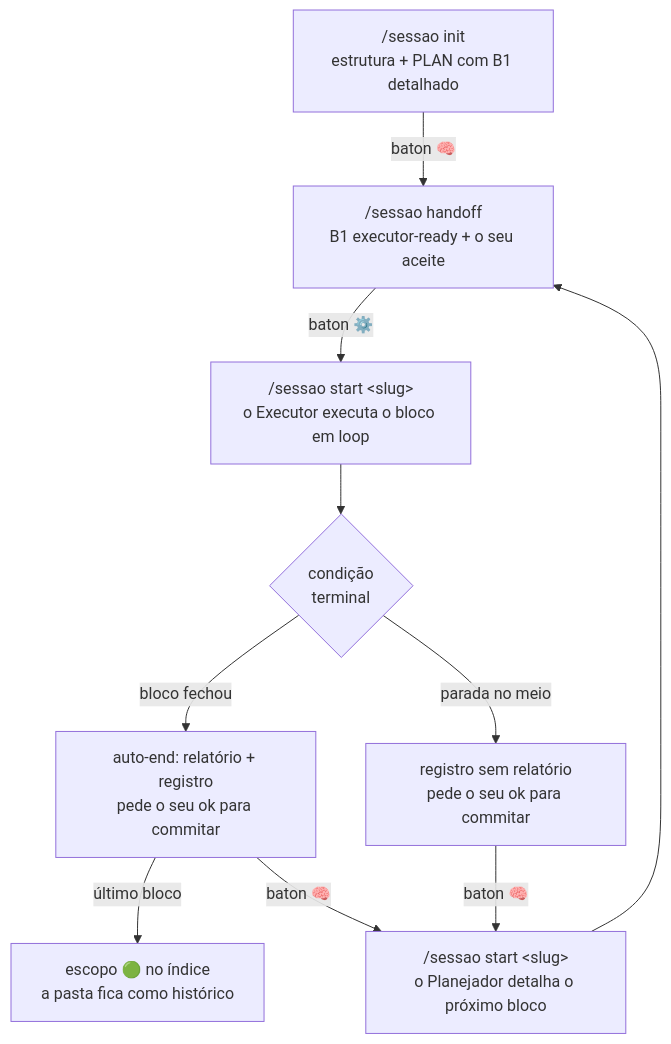
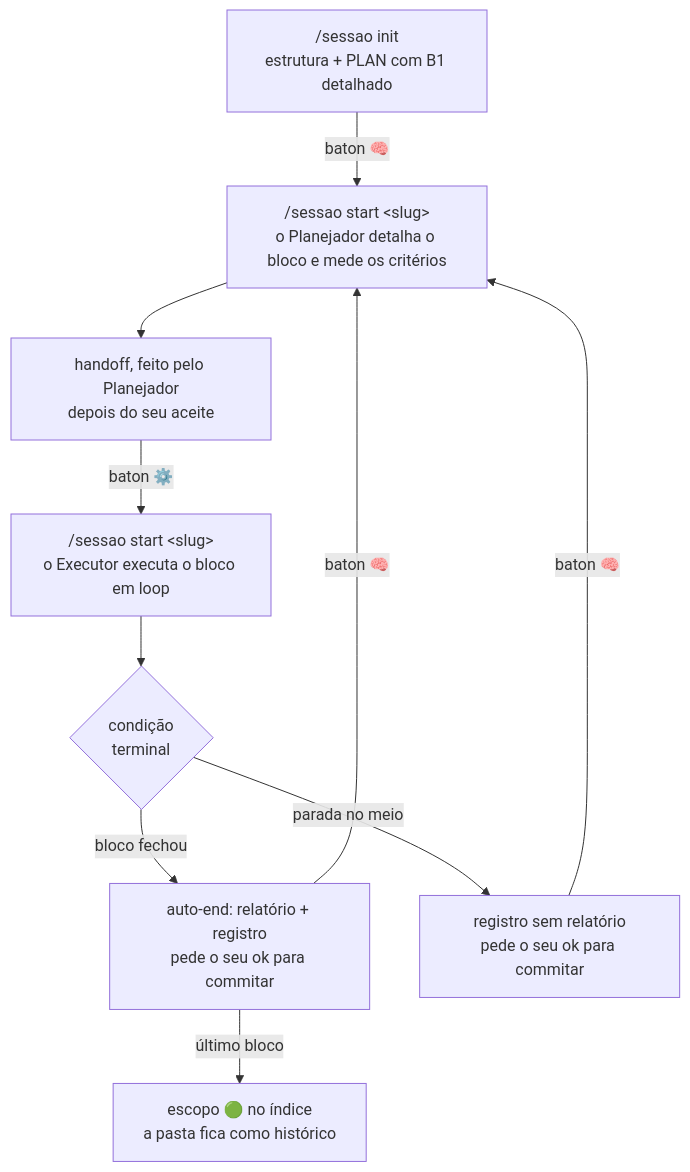
Before and after one commit to tgc77/claude-skills: the first of 2 diagrams in README.md, drawn with Mermaid. The commit also changed other lines of this file and 13 other files, not shown here.

First line of the commit message:
sessao: o Planejador faz o handoff sozinho; toda sessão termina com os próximos passos

````diff
--- a/README.md
+++ b/README.md
@@ -259,12 +286,12 @@
 ```mermaid
 flowchart TD
-    init["/sessao init<br/>estrutura + PLAN com B1 detalhado"] -->|"baton 🧠"| handoff
-    handoff["/sessao handoff<br/>B1 executor-ready + o seu aceite"] -->|"baton ⚙️"| exec
+    init["/sessao init<br/>estrutura + PLAN com B1 detalhado"] -->|"baton 🧠"| plan
+    plan["/sessao start #lt;slug#gt;<br/>o Planejador detalha o bloco e mede os critérios"] --> handoff
+    handoff["handoff, feito pelo Planejador<br/>depois do seu aceite"] -->|"baton ⚙️"| exec
     exec["/sessao start #lt;slug#gt;<br/>o Executor executa o bloco em loop"] --> term{"condição<br/>terminal"}
     term -->|"bloco fechou"| fecha["auto-end: relatório + registro<br/>pede o seu ok para commitar"]
     term -->|"parada no meio"| para["registro sem relatório<br/>pede o seu ok para commitar"]
     fecha -->|"último bloco"| fim["escopo 🟢 no índice<br/>a pasta fica como histórico"]
-    fecha -->|"baton 🧠"| plan["/sessao start #lt;slug#gt;<br/>o Planejador detalha o próximo bloco"]
+    fecha -->|"baton 🧠"| plan
     para -->|"baton 🧠"| plan
-    plan --> handoff
 ```
````
